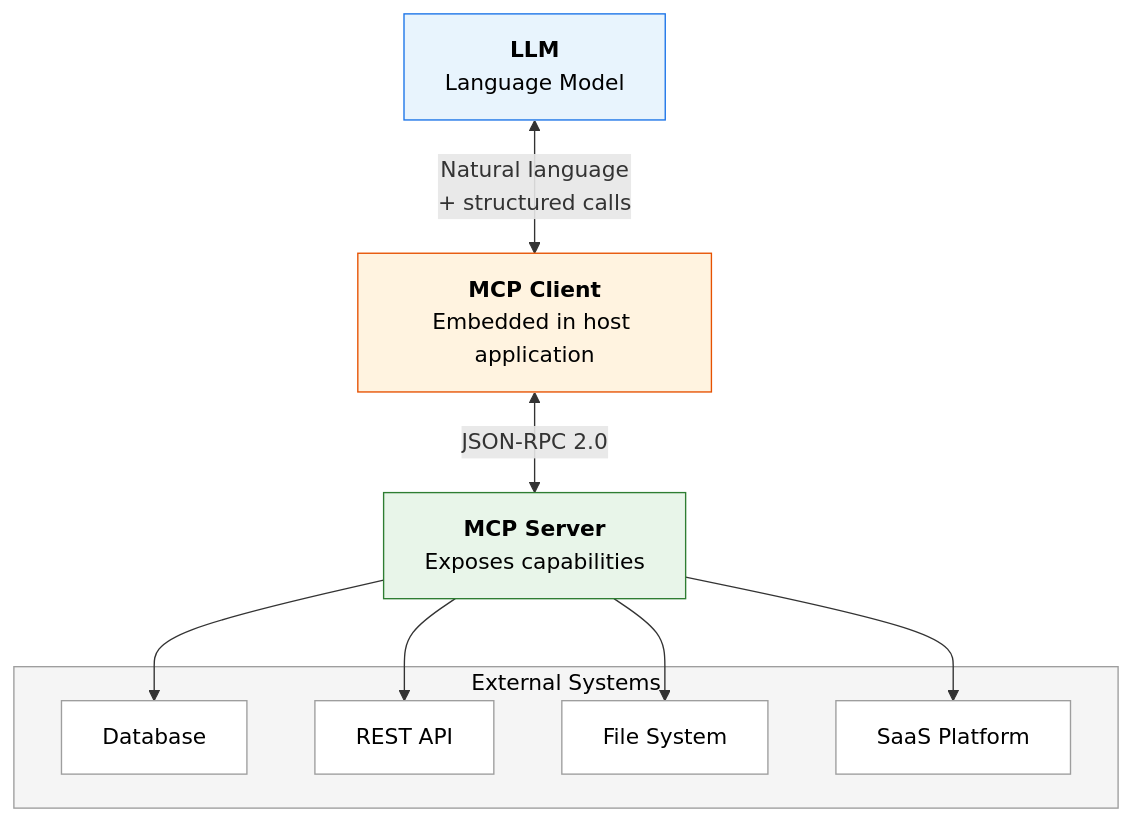
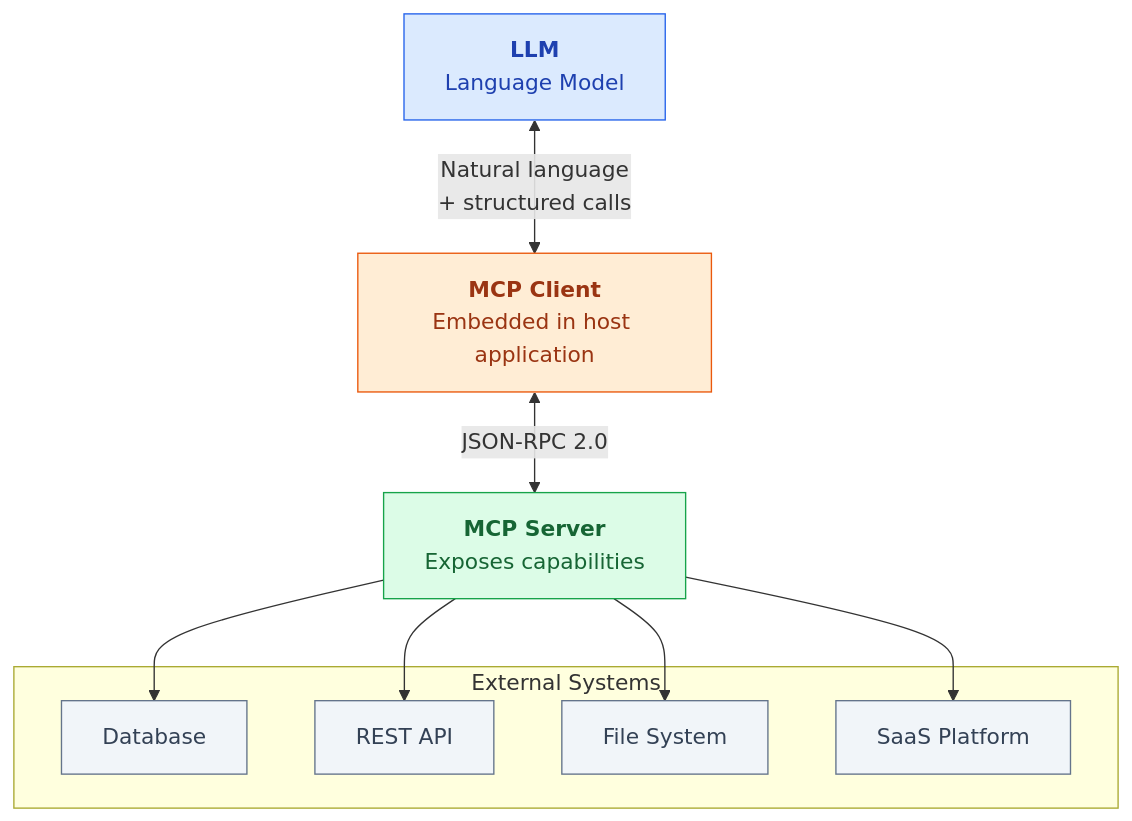
The first of 5 diagrams in hugo-site/content/blog/2026/01/4.mcp-heads-with-agent-skills.md (raj-champion-trader/rajchampaneriya.github.io), drawn with Mermaid before and after one commit. The commit also changed other lines of this file and 4 other files, not shown here.

Commit message:
style: Enhance Mermaid diagram support with semantic node classes and guidelines for consistent theming

````diff
--- a/hugo-site/content/blog/2026/01/4.mcp-heads-with-agent-skills.md
+++ b/hugo-site/content/blog/2026/01/4.mcp-heads-with-agent-skills.md
@@ -23,29 +23,25 @@
 ```mermaid
 graph TB
-    LLM["<b>LLM</b><br/>Language Model"]
-    Client["<b>MCP Client</b><br/>Embedded in host application"]
-    Server["<b>MCP Server</b><br/>Exposes capabilities"]
-    
+    classDef primary fill:#dbeafe,stroke:#2563eb,color:#1e40af
+    classDef secondary fill:#dcfce7,stroke:#16a34a,color:#166534
+    classDef accent fill:#ffedd5,stroke:#ea580c,color:#9a3412
+    classDef neutral fill:#f1f5f9,stroke:#64748b,color:#334155
+
+    LLM["<b>LLM</b><br/>Language Model"]:::primary
+    Client["<b>MCP Client</b><br/>Embedded in host application"]:::accent
+    Server["<b>MCP Server</b><br/>Exposes capabilities"]:::secondary
+
     subgraph External["External Systems"]
-        DB["Database"]
-        API["REST API"]
-        FS["File System"]
-        SaaS["SaaS Platform"]
+        DB["Database"]:::neutral
+        API["REST API"]:::neutral
+        FS["File System"]:::neutral
+        SaaS["SaaS Platform"]:::neutral
     end
 
     LLM <-->|"Natural language<br/>+ structured calls"| Client
     Client <-->|"JSON-RPC 2.0"| Server
     Server --> DB
     Server --> API
     Server --> FS
     Server --> SaaS
-
-    style LLM fill:#e8f4fd,stroke:#1a73e8,color:#000
-    style Client fill:#fff3e0,stroke:#e65100,color:#000
-    style Server fill:#e8f5e9,stroke:#2e7d32,color:#000
-    style External fill:#f5f5f5,stroke:#9e9e9e,color:#000
-    style DB fill:#ffffff,stroke:#9e9e9e,color:#000
-    style API fill:#ffffff,stroke:#9e9e9e,color:#000
-    style FS fill:#ffffff,stroke:#9e9e9e,color:#000
-    style SaaS fill:#ffffff,stroke:#9e9e9e,color:#000
 ```
````
